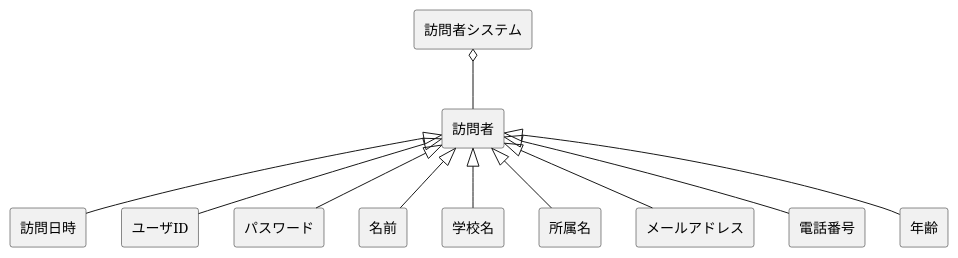
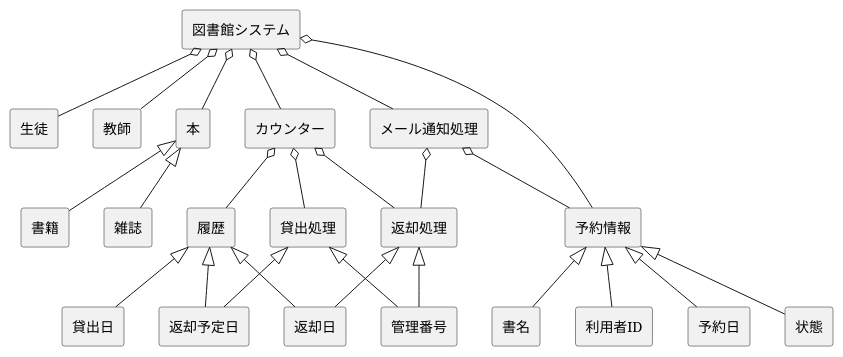
The diagram in domain.pu (kTaiga1016/kouka1_group2-6), drawn with PlantUML before and after one commit. The commit also changed 1 other file, not shown here.

```diff
--- a/domain.pu
+++ b/domain.pu
@@ -1,16 +1,44 @@
-@startuml 訪問者システム
+@startuml 図書館システム（メール通知追加）
 skinparam componentStyle rectangle
 
-' Robodog
-[訪問者システム] o-- [訪問者]
-[訪問者] <|-- [訪問日時]
-[訪問者] <|-- [ユーザID]
-[訪問者] <|-- [パスワード]
-[訪問者] <|-- [名前]
-[訪問者] <|-- [学校名]
-[訪問者] <|-- [所属名]
-[訪問者] <|-- [メールアドレス]
-[訪問者] <|-- [電話番号]
-[訪問者] <|-- [年齢]
+' 図書館システムの中心
+[図書館システム] o-- [生徒]
+[図書館システム] o-- [教師]
+[図書館システム] o-- [本]
+[図書館システム] o-- [カウンター]
+[図書館システム] o-- [予約情報]
+[図書館システム] o-- [メール通知処理]
+
+' 書籍属性
+[本] <|-- [書籍]
+[本] <|-- [雑誌]
+
+' 履歴属性
+[履歴] <|-- [貸出日]
+[履歴] <|-- [返却予定日]
+[履歴] <|-- [返却日]
+
+' カウンター機能分割
+[カウンター] o-- [貸出処理]
+[カウンター] o-- [返却処理]
+[カウンター] o-- [履歴]
+
+' 貸出処理属性
+[貸出処理] <|-- [管理番号]
+[貸出処理] <|-- [返却予定日]
+
+' 返却処理属性
+[返却処理] <|-- [管理番号]
+[返却処理] <|-- [返却日]
+
+' 予約情報（誰がどの本を予約しているか）
+[予約情報] <|-- [書名]
+[予約情報] <|-- [利用者ID]
+[予約情報] <|-- [予約日]
+[予約情報] <|-- [状態]
+
+' メール通知処理（返却後に予約者へ連絡）
+[メール通知処理] o-- [予約情報]
+[メール通知処理] o-- [返却処理]
 
 @enduml
```
